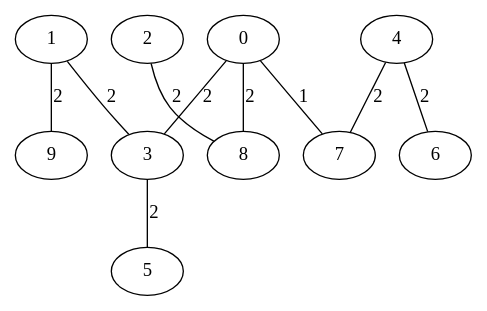
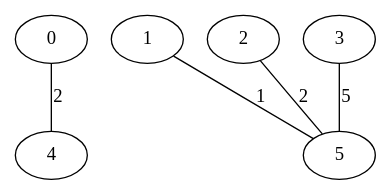
One commit to nand1nha/Tecnica-de-programacao-avancada changed the diagram in grafo-com-peso/arvoreGeradoraMinima.dot. Above: the diagram before and after it, drawn with Graphviz. The commit also changed 3 other files, not shown here.

Commit message:
Refactor graph definitions and update Kruskal function logic for improved performance

```diff
--- a/grafo-com-peso/arvoreGeradoraMinima.dot
+++ b/grafo-com-peso/arvoreGeradoraMinima.dot
@@ -1,21 +1,12 @@
 graph G {
   0;
   1;
   2;
   3;
   4;
   5;
-  6;
-  7;
-  8;
-  9;
-  0 -- 7 [label=1,weight=1];
-  0 -- 3 [label=2,weight=2];
-  0 -- 8 [label=2,weight=2];
-  1 -- 3 [label=2,weight=2];
-  1 -- 9 [label=2,weight=2];
-  2 -- 8 [label=2,weight=2];
-  3 -- 5 [label=2,weight=2];
-  4 -- 7 [label=2,weight=2];
-  4 -- 6 [label=2,weight=2];
+  0 -- 4 [label=2,weight=2];
+  1 -- 5 [label=1,weight=1];
+  2 -- 5 [label=2,weight=2];
+  3 -- 5 [label=5,weight=5];
 }
```
